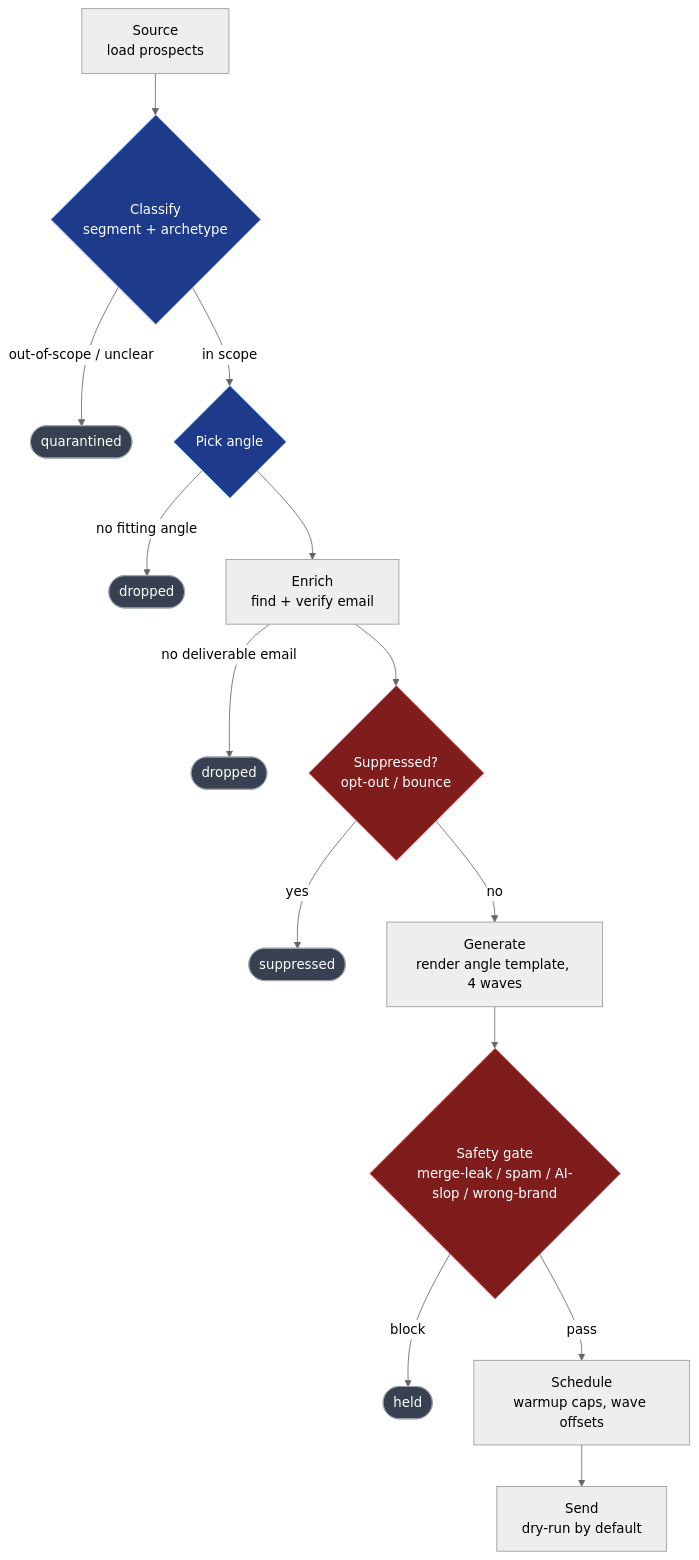
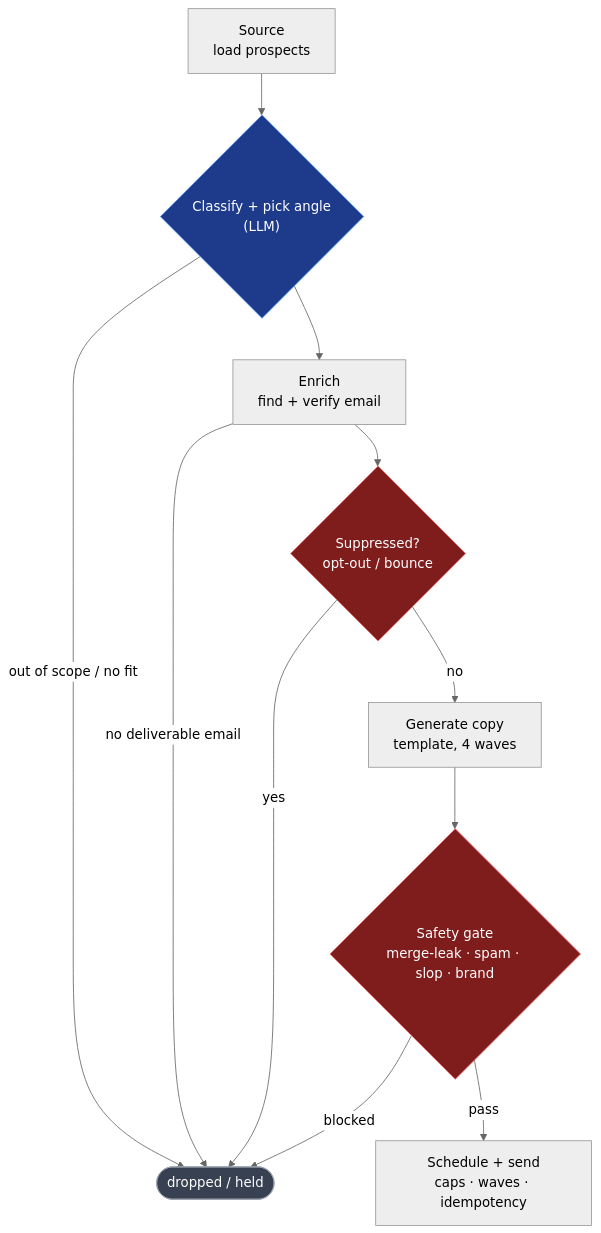
One commit to Samar-Bons/autonomous-outreach-agent changed the diagram in README.md. Above: the diagram before and after it, drawn with Mermaid (neutral theme).

Commit message:
docs: simplify the pipeline diagram (8 nodes, shared drop sink)
Collapse the five separate drop terminals into one shared 'dropped / held'
sink with the reasons as edge labels, merge the two LLM steps and the
schedule/send tail. Same information, half the boxes; color semantics kept.

````diff
--- a/README.md
+++ b/README.md
@@ -41,23 +41,20 @@
 ```mermaid
 flowchart TD
-    A["Source<br/>load prospects"] --> B{"Classify<br/>segment + archetype"}
-    B -->|"out-of-scope / unclear"| X1(["quarantined"])
-    B -->|"in scope"| C{"Pick angle"}
-    C -->|"no fitting angle"| X2(["dropped"])
-    C --> D["Enrich<br/>find + verify email"]
-    D -->|"no deliverable email"| X3(["dropped"])
-    D --> E{"Suppressed?<br/>opt-out / bounce"}
-    E -->|"yes"| X4(["suppressed"])
-    E -->|"no"| F["Generate<br/>render angle template, 4 waves"]
-    F --> G{"Safety gate<br/>merge-leak / spam / AI-slop / wrong-brand"}
-    G -->|"block"| X5(["held"])
-    G -->|"pass"| H["Schedule<br/>warmup caps, wave offsets"]
-    H --> I["Send<br/>dry-run by default"]
+    S["Source<br/>load prospects"] --> CL{"Classify + pick angle<br/>(LLM)"}
+    CL -->|"out of scope / no fit"| DROP(["dropped / held"])
+    CL --> EN["Enrich<br/>find + verify email"]
+    EN -->|"no deliverable email"| DROP
+    EN --> SUP{"Suppressed?<br/>opt-out / bounce"}
+    SUP -->|"yes"| DROP
+    SUP -->|"no"| GEN["Generate copy<br/>template, 4 waves"]
+    GEN --> GATE{"Safety gate<br/>merge-leak · spam · slop · brand"}
+    GATE -->|"blocked"| DROP
+    GATE -->|"pass"| OUT["Schedule + send<br/>caps · waves · idempotency"]
 
     classDef llm fill:#1e3a8a,stroke:#60a5fa,color:#fff
     classDef gate fill:#7f1d1d,stroke:#f87171,color:#fff
     classDef drop fill:#374151,stroke:#9ca3af,color:#fff
-    class B,C llm
-    class E,G gate
-    class X1,X2,X3,X4,X5 drop
+    class CL llm
+    class SUP,GATE gate
+    class DROP drop
 ```
````
